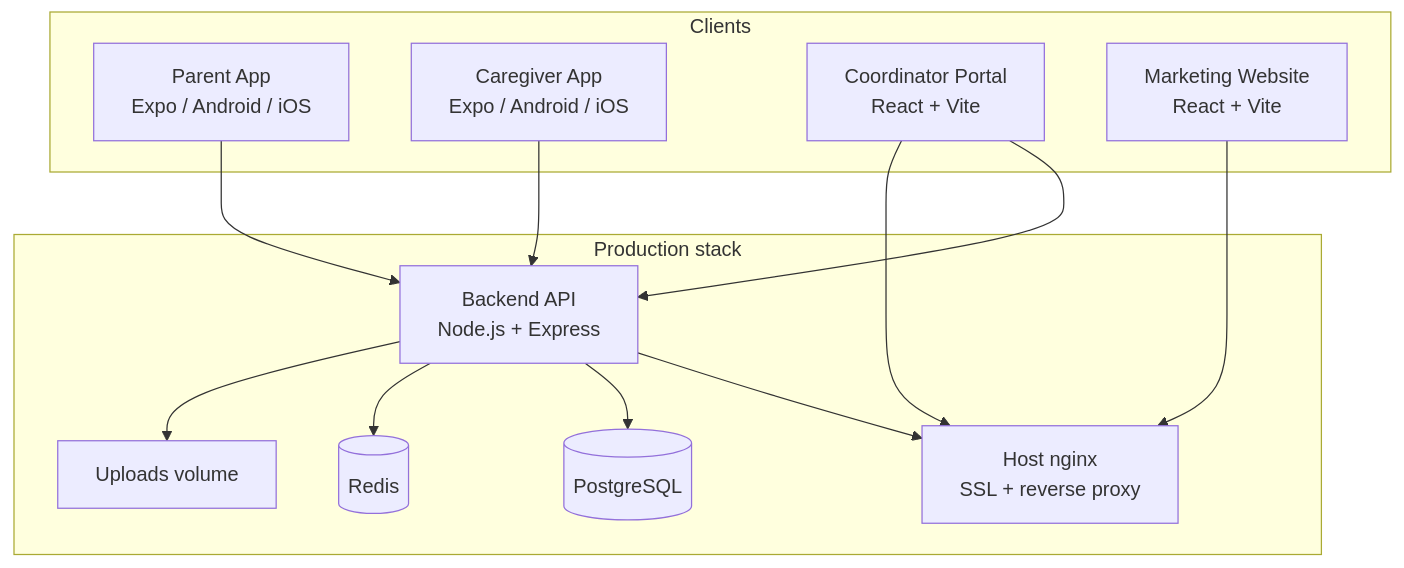
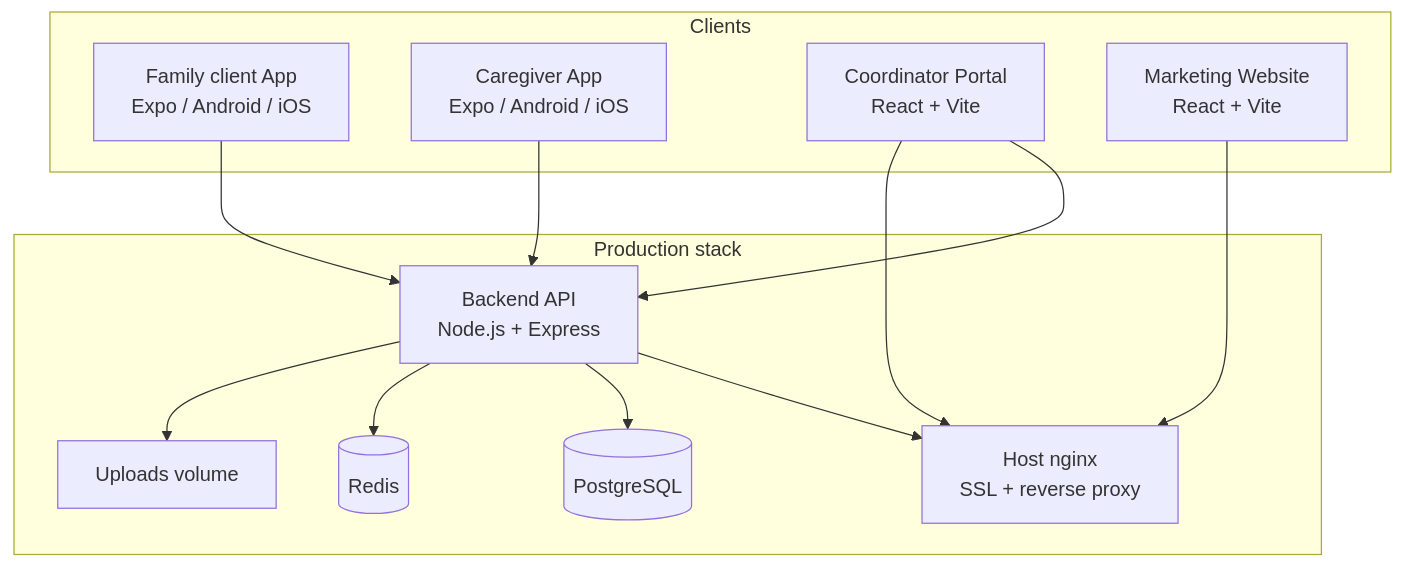
The diagram in README.md (CodefirstTechnology/HappyHands-Elders), drawn with Mermaid before and after one commit. The commit also changed other lines of this file and 76 other files, not shown here.

````diff
--- a/README.md
+++ b/README.md
@@ -102,27 +102,27 @@
 ```mermaid
 flowchart TB
   subgraph clients [Clients]
-    PA[Parent App<br/>Expo / Android / iOS]
+    PA[Family client App<br/>Expo / Android / iOS]
     CG[Caregiver App<br/>Expo / Android / iOS]
     CO[Coordinator Portal<br/>React + Vite]
     WEB[Marketing Website<br/>React + Vite]
   end
 
   subgraph infra [Production stack]
     NGX[Host nginx<br/>SSL + reverse proxy]
     API[Backend API<br/>Node.js + Express]
     PG[(PostgreSQL)]
     RD[(Redis)]
     UP[Uploads volume]
   end
 
   PA --> API
   CG --> API
   CO --> API
   WEB --> NGX
   CO --> NGX
   API --> NGX
   API --> PG
   API --> RD
   API --> UP
 ```
````
